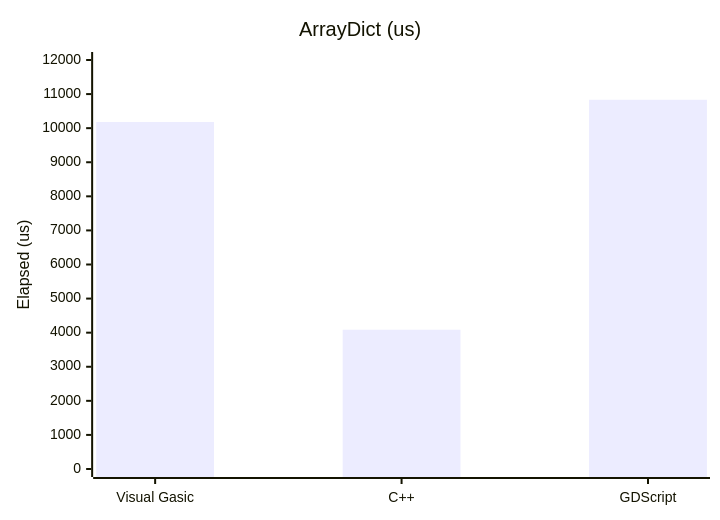
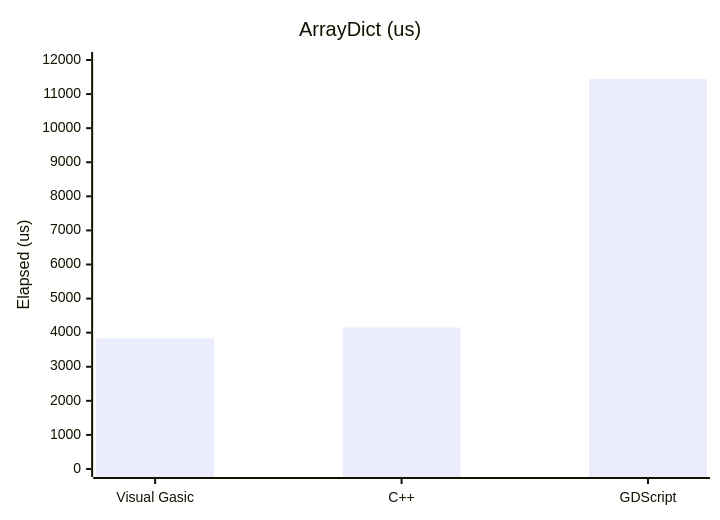
Before and after one commit to xgreenrx-star/VisualGasic: the sixth of 11 diagrams in docs/manual/performance.md, drawn with Mermaid. The commit also changed other lines of this file and 3 other files, not shown here.

````diff
--- a/docs/manual/performance.md
+++ b/docs/manual/performance.md
@@ -121,7 +129,7 @@
 ```mermaid
 xychart-beta
     title "ArrayDict (us)"
     x-axis ["Visual Gasic","C++","GDScript"]
     y-axis "Elapsed (us)" 0 --> 12000
-    bar [10180,4086,10833]
+    bar [3834,4155,11441]
 ```
````
